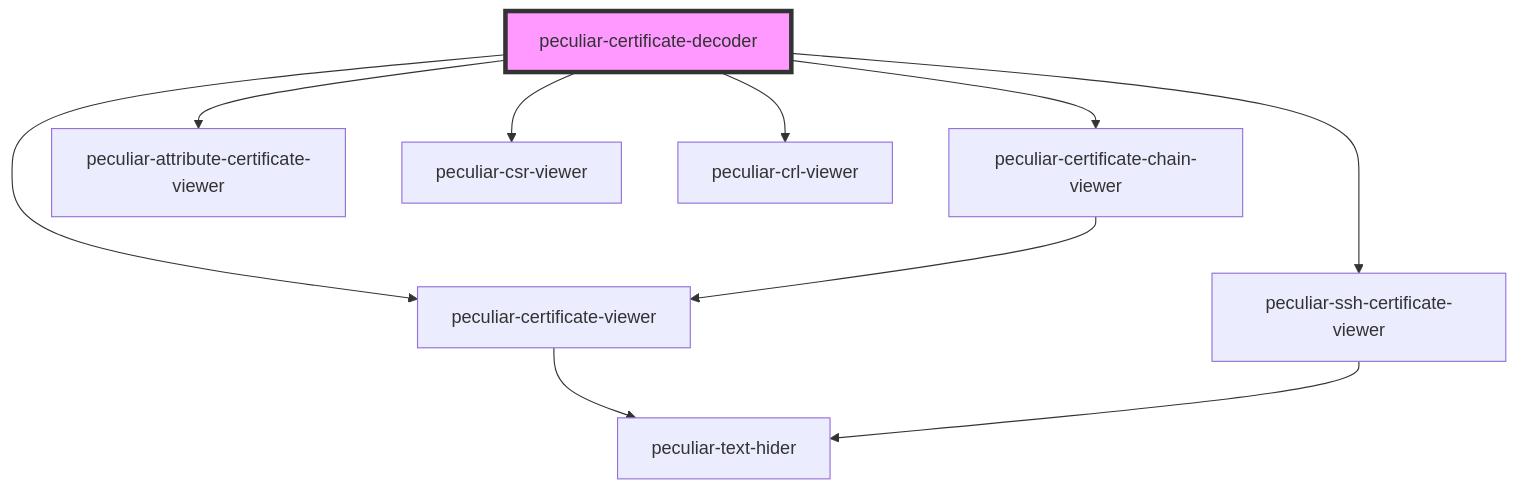
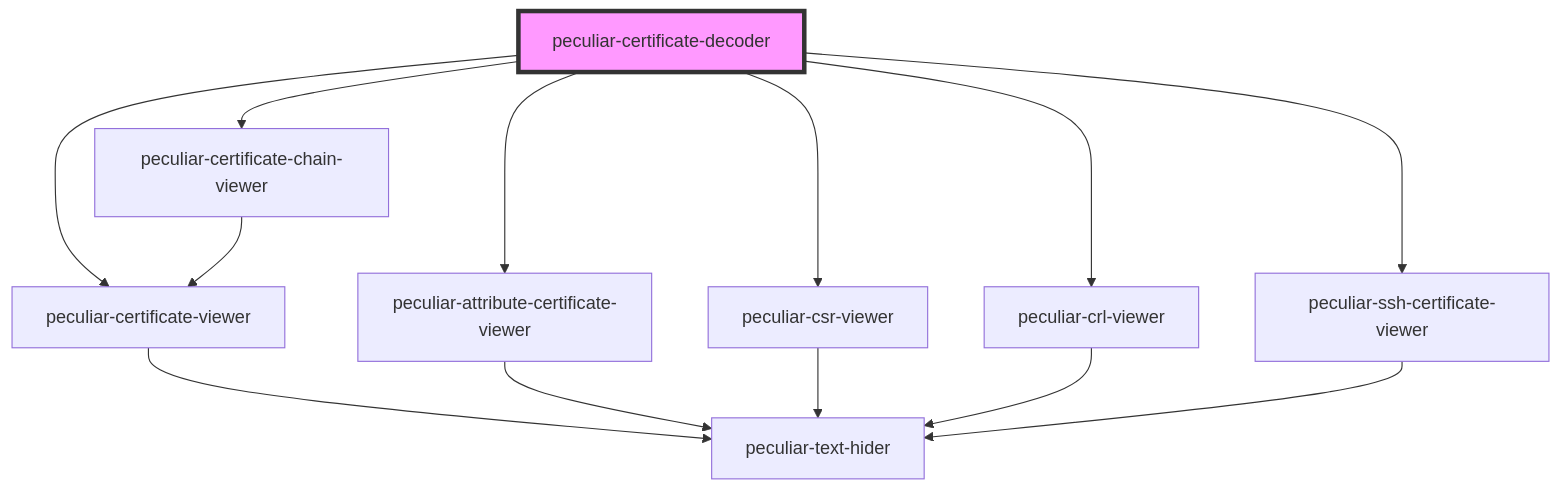
The diagram in packages/webcomponents/src/components/certificate-decoder/readme.md (PeculiarVentures/pv-certificates-viewer), drawn with Mermaid before and after one commit. The commit also changed 4 other files, not shown here.

Commit message:
docs(webcomponents): update README files to reflect dependencies on peculiar-text-hider in various components

````diff
--- a/packages/webcomponents/src/components/certificate-decoder/readme.md
+++ b/packages/webcomponents/src/components/certificate-decoder/readme.md
@@ -36,13 +36,16 @@
 ```mermaid
 graph TD;
   peculiar-certificate-decoder --> peculiar-certificate-chain-viewer
   peculiar-certificate-decoder --> peculiar-certificate-viewer
   peculiar-certificate-decoder --> peculiar-attribute-certificate-viewer
   peculiar-certificate-decoder --> peculiar-csr-viewer
   peculiar-certificate-decoder --> peculiar-crl-viewer
   peculiar-certificate-decoder --> peculiar-ssh-certificate-viewer
   peculiar-certificate-chain-viewer --> peculiar-certificate-viewer
   peculiar-certificate-viewer --> peculiar-text-hider
+  peculiar-attribute-certificate-viewer --> peculiar-text-hider
+  peculiar-csr-viewer --> peculiar-text-hider
+  peculiar-crl-viewer --> peculiar-text-hider
   peculiar-ssh-certificate-viewer --> peculiar-text-hider
   style peculiar-certificate-decoder fill:#f9f,stroke:#333,stroke-width:4px
 ```
````
